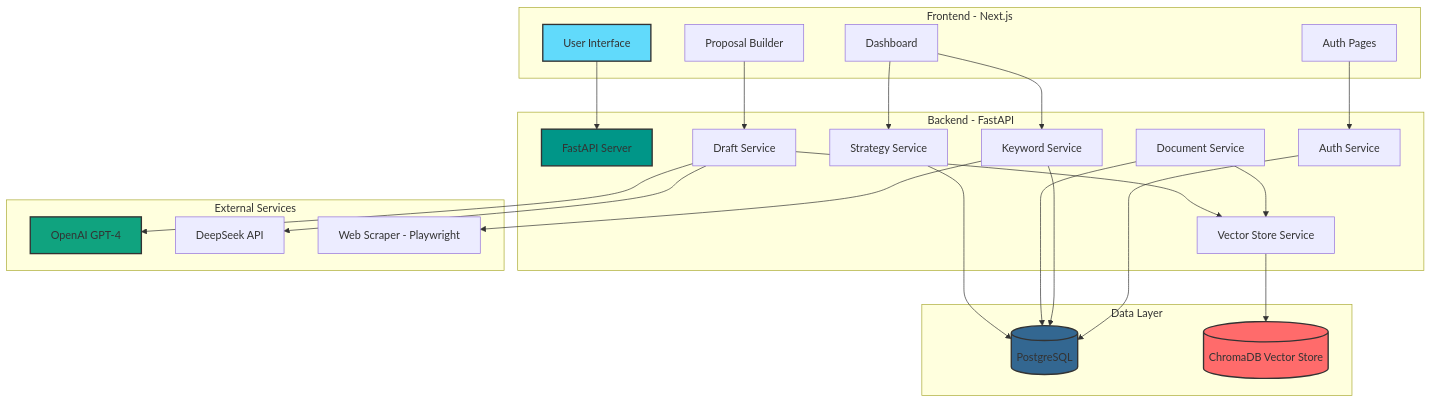
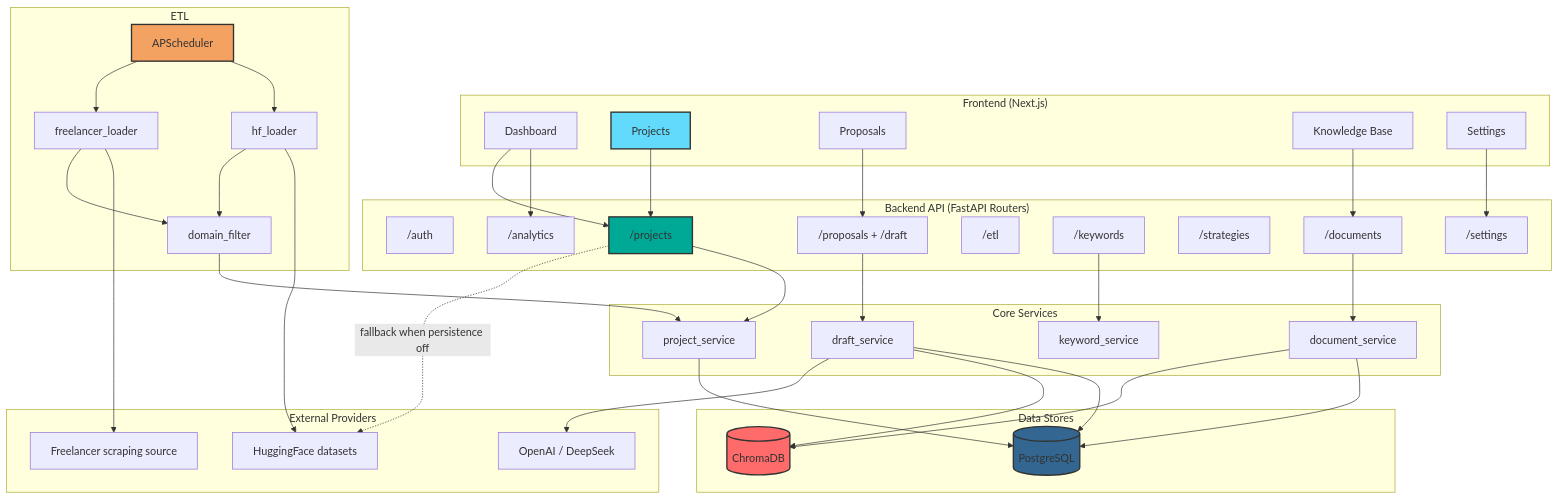
One commit to williamjxj/AutoBidder changed the diagram in docs/diagrams/architecture-diagram.md. Above: the diagram before and after it, drawn with Mermaid. The commit also changed other lines of this file and 29 other files, not shown here.

````diff
--- a/docs/diagrams/architecture-diagram.md
+++ b/docs/diagrams/architecture-diagram.md
@@ -7,54 +7,82 @@
 ```mermaid
 graph TB
-    subgraph "Frontend - Next.js"
-        UI[User Interface]
-        Auth[Auth Pages]
-        Dashboard[Dashboard]
-        Proposals[Proposal Builder]
+    subgraph "Frontend (Next.js)"
+        FE_DASH[Dashboard]
+        FE_PROJECTS[Projects]
+        FE_PROPOSALS[Proposals]
+        FE_KB[Knowledge Base]
+        FE_SETTINGS[Settings]
     end
-    
-    subgraph "Backend - FastAPI"
-        API[FastAPI Server]
-        AuthSvc[Auth Service]
-        KeywordSvc[Keyword Service]
-        DocSvc[Document Service]
-        DraftSvc[Draft Service]
-        StrategySvc[Strategy Service]
-        VectorStore[Vector Store Service]
+
+    subgraph "Backend API (FastAPI Routers)"
+        RT_AUTH["/auth"]
+        RT_PROJECTS["/projects"]
+        RT_PROPOSALS["/proposals + /draft"]
+        RT_KB["/documents"]
+        RT_ETL["/etl"]
+        RT_KEYWORDS["/keywords"]
+        RT_STRATEGIES["/strategies"]
+        RT_SETTINGS["/settings"]
+        RT_ANALYTICS["/analytics"]
     end
-    
-    subgraph "Data Layer"
-        PostgreSQL[(PostgreSQL)]
-        ChromaDB[(ChromaDB Vector Store)]
+
+    subgraph "Core Services"
+        SVC_PROJECT[project_service]
+        SVC_DRAFT[draft_service]
+        SVC_DOC[document_service]
+        SVC_KEYWORD[keyword_service]
     end
-    
-    subgraph "External Services"
-        OpenAI[OpenAI GPT-4]
-        DeepSeek[DeepSeek API]
-        WebScraper[Web Scraper - Playwright]
+
+    subgraph "ETL"
+        ETL_SCHED[APScheduler]
+        ETL_HF[hf_loader]
+        ETL_FL[freelancer_loader]
+        ETL_FILTER[domain_filter]
     end
-    
-    UI --> API
-    Auth --> AuthSvc
-    Dashboard --> KeywordSvc
-    Dashboard --> StrategySvc
-    Proposals --> DraftSvc
-    
-    AuthSvc --> PostgreSQL
-    KeywordSvc --> PostgreSQL
-    KeywordSvc --> WebScraper
-    DocSvc --> PostgreSQL
-    DocSvc --> VectorStore
-    DraftSvc --> VectorStore
-    DraftSvc --> OpenAI
-    DraftSvc --> DeepSeek
-    StrategySvc --> PostgreSQL
-    
-    VectorStore --> ChromaDB
-    
-    style UI fill:#61dafb,stroke:#333,stroke-width:2px
-    style API fill:#009688,stroke:#333,stroke-width:2px
-    style PostgreSQL fill:#336791,stroke:#333,stroke-width:2px
-    style ChromaDB fill:#ff6b6b,stroke:#333,stroke-width:2px
-    style OpenAI fill:#10a37f,stroke:#333,stroke-width:2px
+
+    subgraph "Data Stores"
+        DB[(PostgreSQL)]
+        VDB[(ChromaDB)]
+    end
+
+    subgraph "External Providers"
+        HF[HuggingFace datasets]
+        FL[Freelancer scraping source]
+        LLM[OpenAI / DeepSeek]
+    end
+
+    FE_DASH --> RT_ANALYTICS
+    FE_DASH --> RT_PROJECTS
+    FE_PROJECTS --> RT_PROJECTS
+    FE_PROPOSALS --> RT_PROPOSALS
+    FE_KB --> RT_KB
+    FE_SETTINGS --> RT_SETTINGS
+
+    RT_PROJECTS --> SVC_PROJECT
+    RT_PROPOSALS --> SVC_DRAFT
+    RT_KB --> SVC_DOC
+    RT_KEYWORDS --> SVC_KEYWORD
+
+    SVC_PROJECT --> DB
+    SVC_DRAFT --> DB
+    SVC_DOC --> DB
+    SVC_DOC --> VDB
+    SVC_DRAFT --> VDB
+    SVC_DRAFT --> LLM
+
+    ETL_SCHED --> ETL_HF
+    ETL_SCHED --> ETL_FL
+    ETL_HF --> HF
+    ETL_FL --> FL
+    ETL_HF --> ETL_FILTER
+    ETL_FL --> ETL_FILTER
+    ETL_FILTER --> SVC_PROJECT
+
+    RT_PROJECTS -. fallback when persistence off .-> HF
+
+    style DB fill:#336791,stroke:#333,stroke-width:2px
+    style VDB fill:#ff6b6b,stroke:#333,stroke-width:2px
+    style RT_PROJECTS fill:#00a896,stroke:#333,stroke-width:2px
+    style ETL_SCHED fill:#f4a261,stroke:#333,stroke-width:2px
+    style FE_PROJECTS fill:#61dafb,stroke:#333,stroke-width:2px
 ```
````
